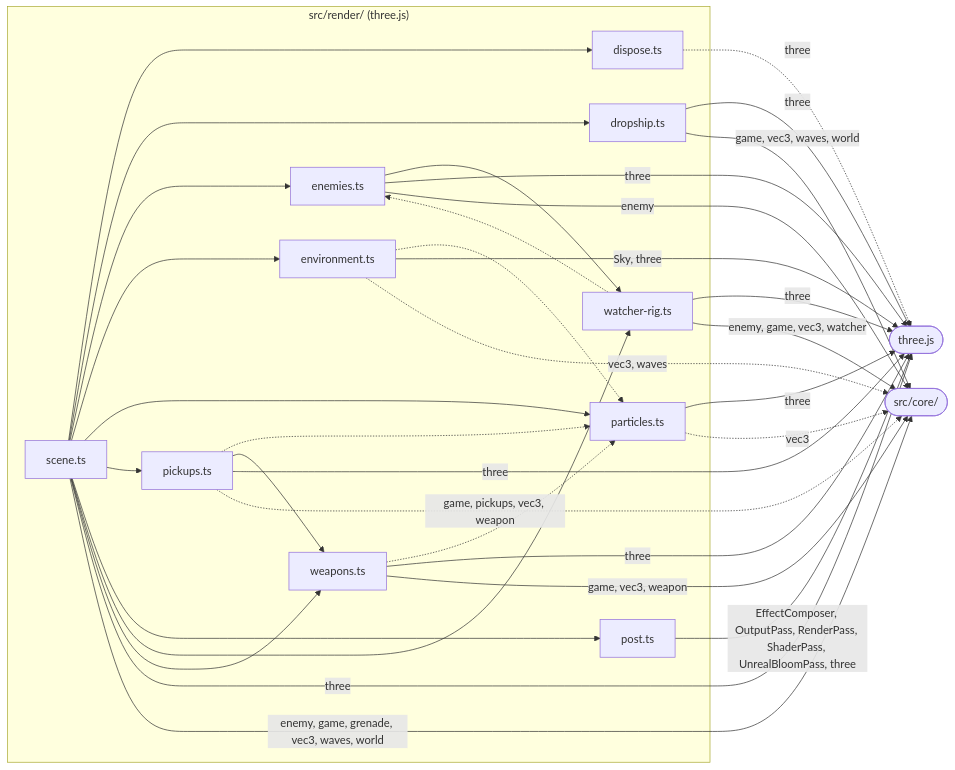
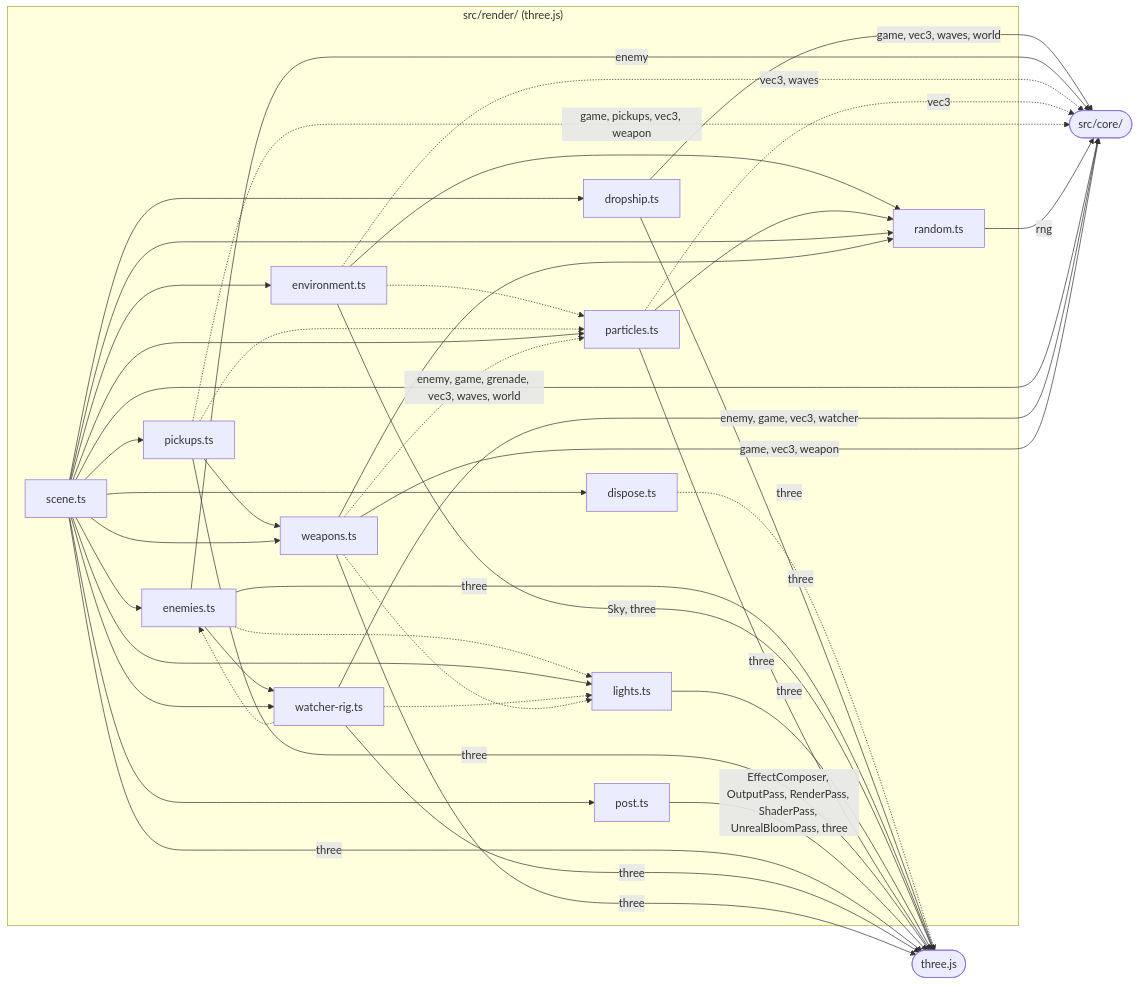
One commit to agh/ringfall changed the diagram in docs/architecture/diagrams/render-components.mmd. Above: the diagram before and after it, drawn with Mermaid. The commit also changed 65 other files, not shown here.

```diff
--- a/docs/architecture/diagrams/render-components.mmd
+++ b/docs/architecture/diagrams/render-components.mmd
@@ -1,49 +1,61 @@
 %%{init: {"flowchart": {"curve": "basis"}} }%%
 flowchart LR
   subgraph render["src/render/ (three.js)"]
     render_dispose["dispose.ts"]
     render_dropship["dropship.ts"]
     render_enemies["enemies.ts"]
     render_environment["environment.ts"]
+    render_lights["lights.ts"]
     render_particles["particles.ts"]
     render_pickups["pickups.ts"]
     render_post["post.ts"]
+    render_random["random.ts"]
     render_scene["scene.ts"]
     render_watcher-rig["watcher-rig.ts"]
     render_weapons["weapons.ts"]
   end
+  render_enemies -.-> render_lights
   render_enemies --> render_watcher-rig
   render_environment -.-> render_particles
+  render_environment --> render_random
+  render_particles --> render_random
   render_pickups -.-> render_particles
   render_pickups --> render_weapons
   render_scene --> render_dispose
   render_scene --> render_dropship
   render_scene --> render_enemies
   render_scene --> render_environment
+  render_scene --> render_lights
   render_scene --> render_particles
   render_scene --> render_pickups
   render_scene --> render_post
+  render_scene --> render_random
   render_scene --> render_watcher-rig
   render_scene --> render_weapons
   render_watcher-rig -.-> render_enemies
+  render_watcher-rig -.-> render_lights
+  render_weapons -.-> render_lights
   render_weapons -.-> render_particles
+  render_weapons --> render_random
   core(["src/core/"])
   three(["three.js"])
   render_dispose -.->|"three"| three
   render_dropship -->|"three"| three
   render_dropship -->|"game, vec3, waves, world"| core
   render_enemies -->|"three"| three
   render_enemies -->|"enemy"| core
   render_environment -->|"Sky, three"| three
   render_environment -.->|"vec3, waves"| core
+  render_lights -->|"three"| three
   render_particles -->|"three"| three
   render_particles -.->|"vec3"| core
   render_pickups -->|"three"| three
   render_pickups -.->|"game, pickups, vec3, weapon"| core
   render_post -->|"EffectComposer, OutputPass, RenderPass, ShaderPass, UnrealBloomPass, three"| three
+  render_random -->|"rng"| core
   render_scene -->|"three"| three
   render_scene -->|"enemy, game, grenade, vec3, waves, world"| core
   render_watcher-rig -->|"three"| three
   render_watcher-rig -->|"enemy, game, vec3, watcher"| core
   render_weapons -->|"three"| three
   render_weapons -->|"game, vec3, weapon"| core
```
